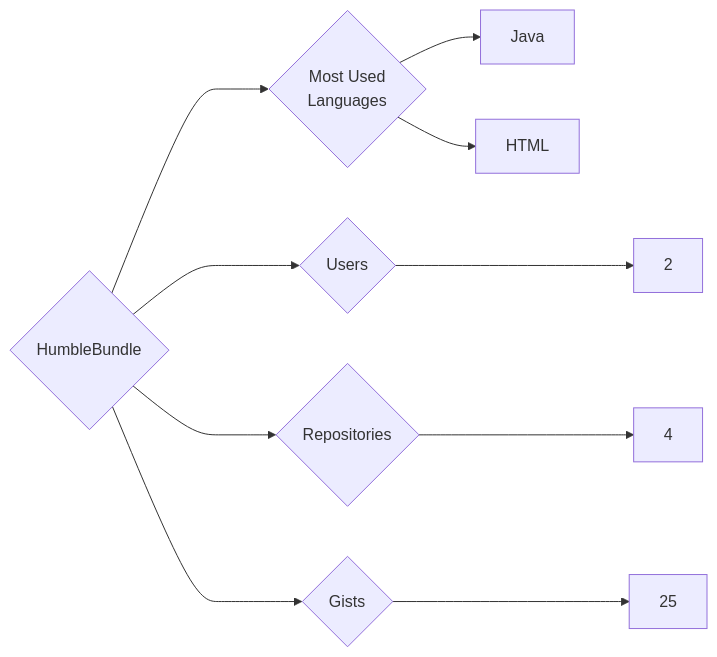
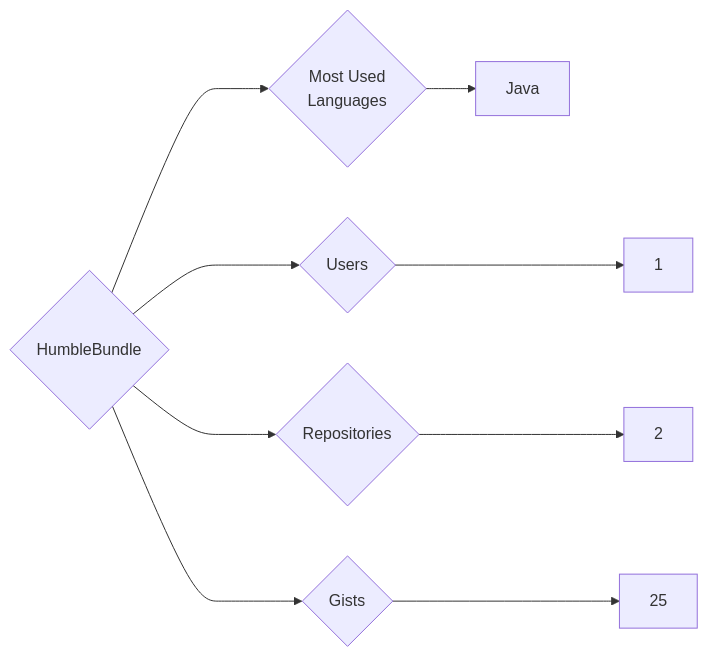
One commit to trickest/insiders changed the diagram in targets/HumbleBundle/README.md. Above: the diagram before and after it, drawn with Mermaid. The commit also changed 1123 other files, not shown here.

````diff
--- a/targets/HumbleBundle/README.md
+++ b/targets/HumbleBundle/README.md
@@ -3,10 +3,9 @@
 ```mermaid
 graph LR
 COMPANY_NAME{HumbleBundle}
-COMPANY_NAME ---> U{Users} ---> UN[2]
-COMPANY_NAME ---> R{Repositories} ---> RN[4]
+COMPANY_NAME ---> U{Users} ---> UN[1]
+COMPANY_NAME ---> R{Repositories} ---> RN[2]
 COMPANY_NAME ---> G{Gists} ---> GN[25]
 COMPANY_NAME ---> ML{Most Used<br>Languages}
 ML --> Java[Java]
-ML --> HTML[HTML]
 ```
````
